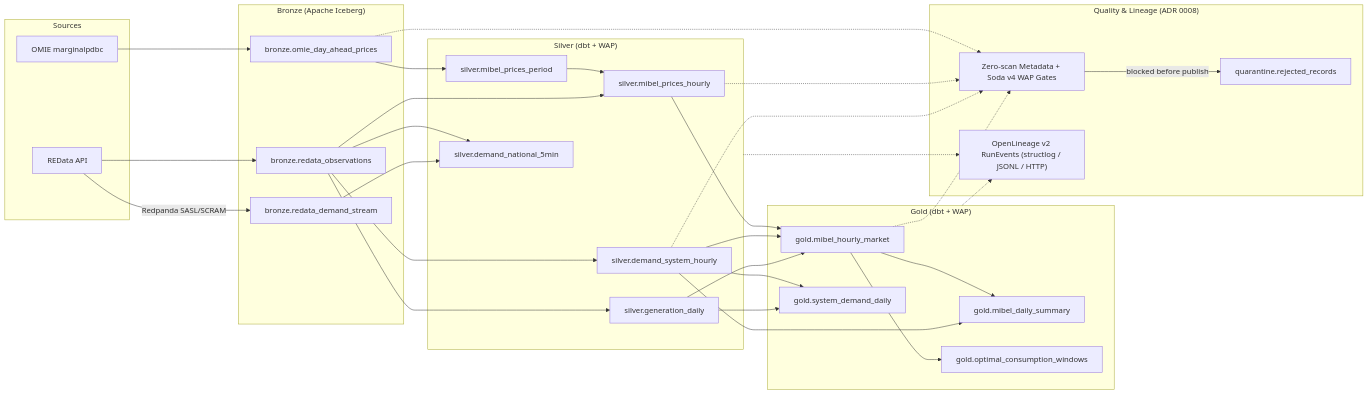
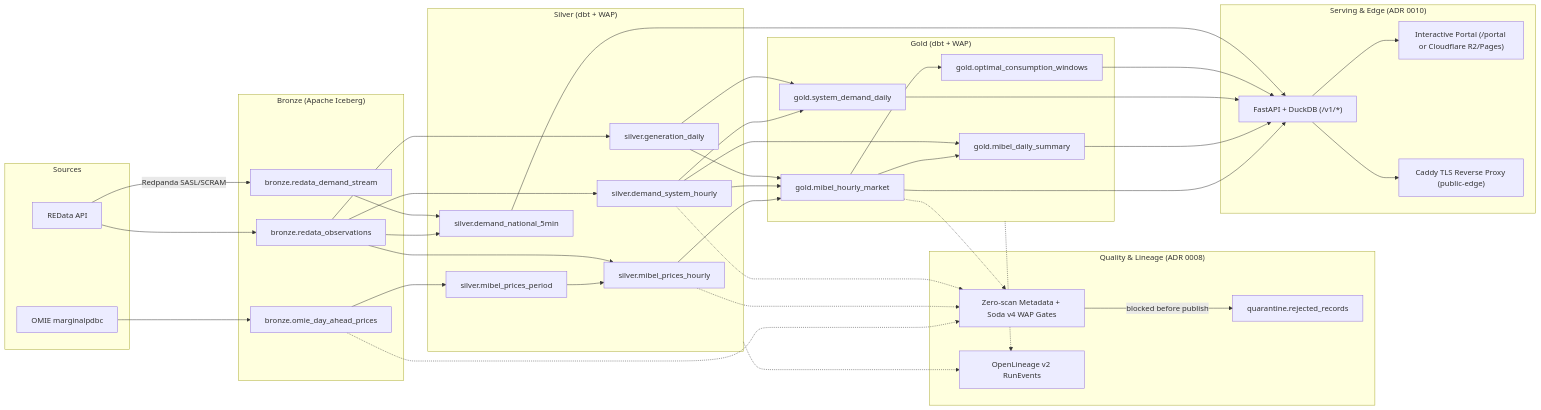
The third of 3 diagrams in docs/architecture.md (jaisato/ibergrid-lakehouse), drawn with Mermaid before and after one commit. The commit also changed other lines of this file and 44 other files, not shown here.

First line of the commit message:
feat(serving): FastAPI + DuckDB API, interactive portal, Caddy security boundary and final README (ADR 0010) (#10)

````diff
--- a/docs/architecture.md
+++ b/docs/architecture.md
@@ -105,63 +110,77 @@
 ```mermaid
 flowchart LR
   subgraph Sources
     REE[REData API]
     OMIE[OMIE marginalpdbc]
   end
 
   subgraph Bronze["Bronze (Apache Iceberg)"]
     B_RE[bronze.redata_observations]
     B_OM[bronze.omie_day_ahead_prices]
     B_ST[bronze.redata_demand_stream]
   end
 
   subgraph Silver["Silver (dbt + WAP)"]
     S_D5[silver.demand_national_5min]
     S_DH[silver.demand_system_hourly]
     S_MP[silver.mibel_prices_period]
     S_MH[silver.mibel_prices_hourly]
     S_GN[silver.generation_daily]
   end
 
   subgraph Gold["Gold (dbt + WAP)"]
     G_HM[gold.mibel_hourly_market]
     G_DS[gold.mibel_daily_summary]
     G_SD[gold.system_demand_daily]
     G_OW[gold.optimal_consumption_windows]
   end
 
   subgraph Quality["Quality & Lineage (ADR 0008)"]
     QG["Zero-scan Metadata + Soda v4 WAP Gates"]
     QR["quarantine.rejected_records"]
-    OL["OpenLineage v2 RunEvents (structlog / JSONL / HTTP)"]
+    OL["OpenLineage v2 RunEvents"]
+  end
+
+  subgraph Serving["Serving & Edge (ADR 0010)"]
+    API["FastAPI + DuckDB (/v1/*)"]
+    PORTAL["Interactive Portal (/portal or Cloudflare R2/Pages)"]
+    CADDY["Caddy TLS Reverse Proxy (public-edge)"]
   end
 
   REE --> B_RE
   REE -->|Redpanda SASL/SCRAM| B_ST
   OMIE --> B_OM
 
   B_RE --> S_D5
   B_ST --> S_D5
   B_RE --> S_DH
   B_OM --> S_MP
   S_MP --> S_MH
   B_RE --> S_MH
   B_RE --> S_GN
 
   S_MH --> G_HM
   S_DH --> G_HM
   S_GN --> G_HM
   G_HM --> G_DS
   S_DH --> G_DS
   S_DH --> G_SD
   S_GN --> G_SD
   G_HM --> G_OW
 
   B_OM -.-> QG
   S_MH -.-> QG
   S_DH -.-> QG
   G_HM -.-> QG
   QG -->|blocked before publish| QR
   Silver -.-> OL
   Gold -.-> OL
+
+  G_HM --> API
+  G_DS --> API
+  G_SD --> API
+  G_OW --> API
+  S_D5 --> API
+  API --> PORTAL
+  API --> CADDY
 ```
````
